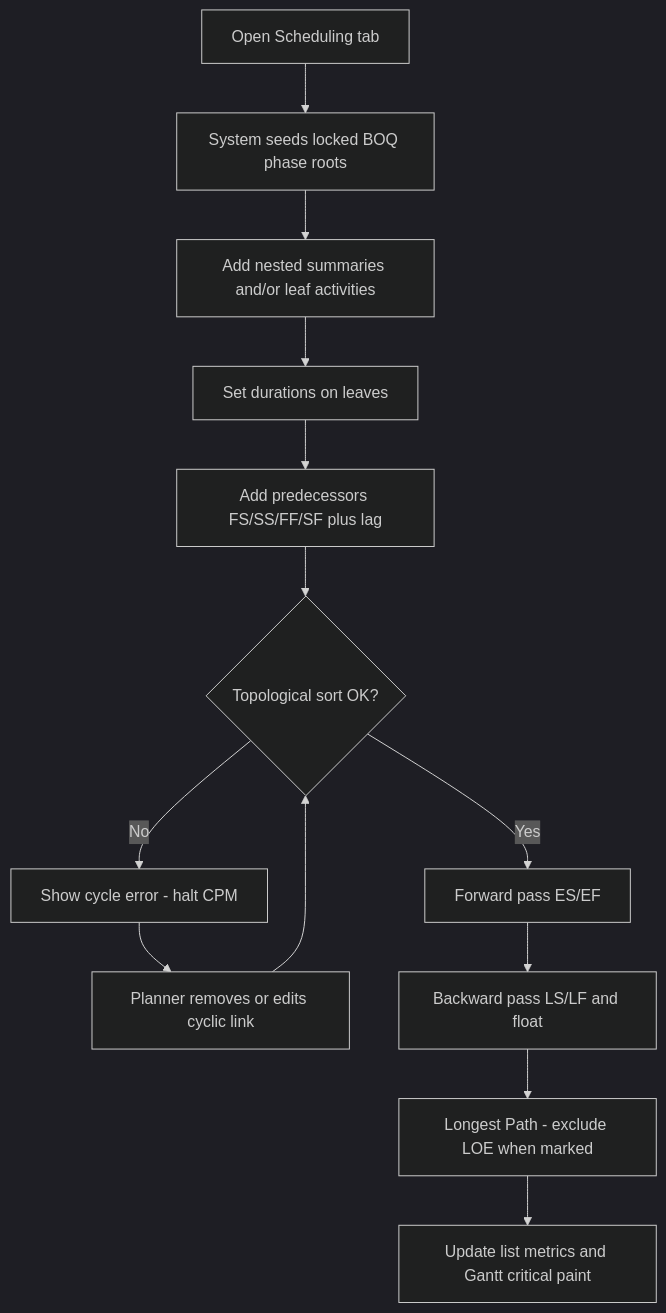
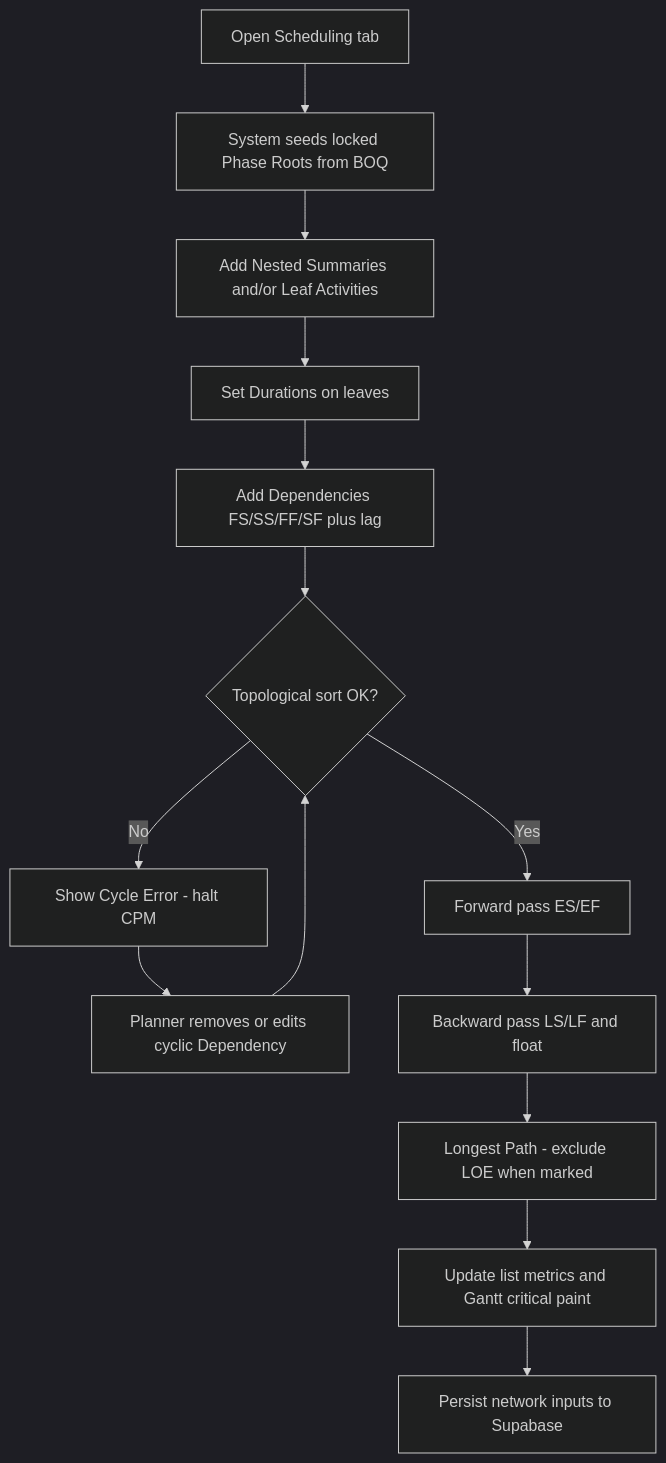
The second of 2 diagrams in docs/Userflow.md (JKR2311380/sadiconstruction-2.0), drawn with Mermaid (dark theme) before and after one commit. The commit also changed other lines of this file and 110 other files, not shown here.

````diff
--- a/docs/Userflow.md
+++ b/docs/Userflow.md
@@ -18,18 +54,20 @@
 ```mermaid
 flowchart TD
   enter[Open Scheduling tab]
-  seed[System seeds locked BOQ phase roots]
-  author[Add nested summaries and/or leaf activities]
-  duration[Set durations on leaves]
-  link[Add predecessors FS/SS/FF/SF plus lag]
+  seed[System seeds locked Phase Roots from BOQ]
+  author[Add Nested Summaries and/or Leaf Activities]
+  duration[Set Durations on leaves]
+  link[Add Dependencies FS/SS/FF/SF plus lag]
   topo{Topological sort OK?}
-  cycle[Show cycle error - halt CPM]
-  fix[Planner removes or edits cyclic link]
+  cycle[Show Cycle Error - halt CPM]
+  fix[Planner removes or edits cyclic Dependency]
   fwd[Forward pass ES/EF]
   bwd[Backward pass LS/LF and float]
   long[Longest Path - exclude LOE when marked]
   gantt[Update list metrics and Gantt critical paint]
+  persist[Persist network inputs to Supabase]
   enter --> seed --> author --> duration --> link --> topo
   topo -->|No| cycle --> fix --> topo
   topo -->|Yes| fwd --> bwd --> long --> gantt
+  gantt --> persist
 ```
````
